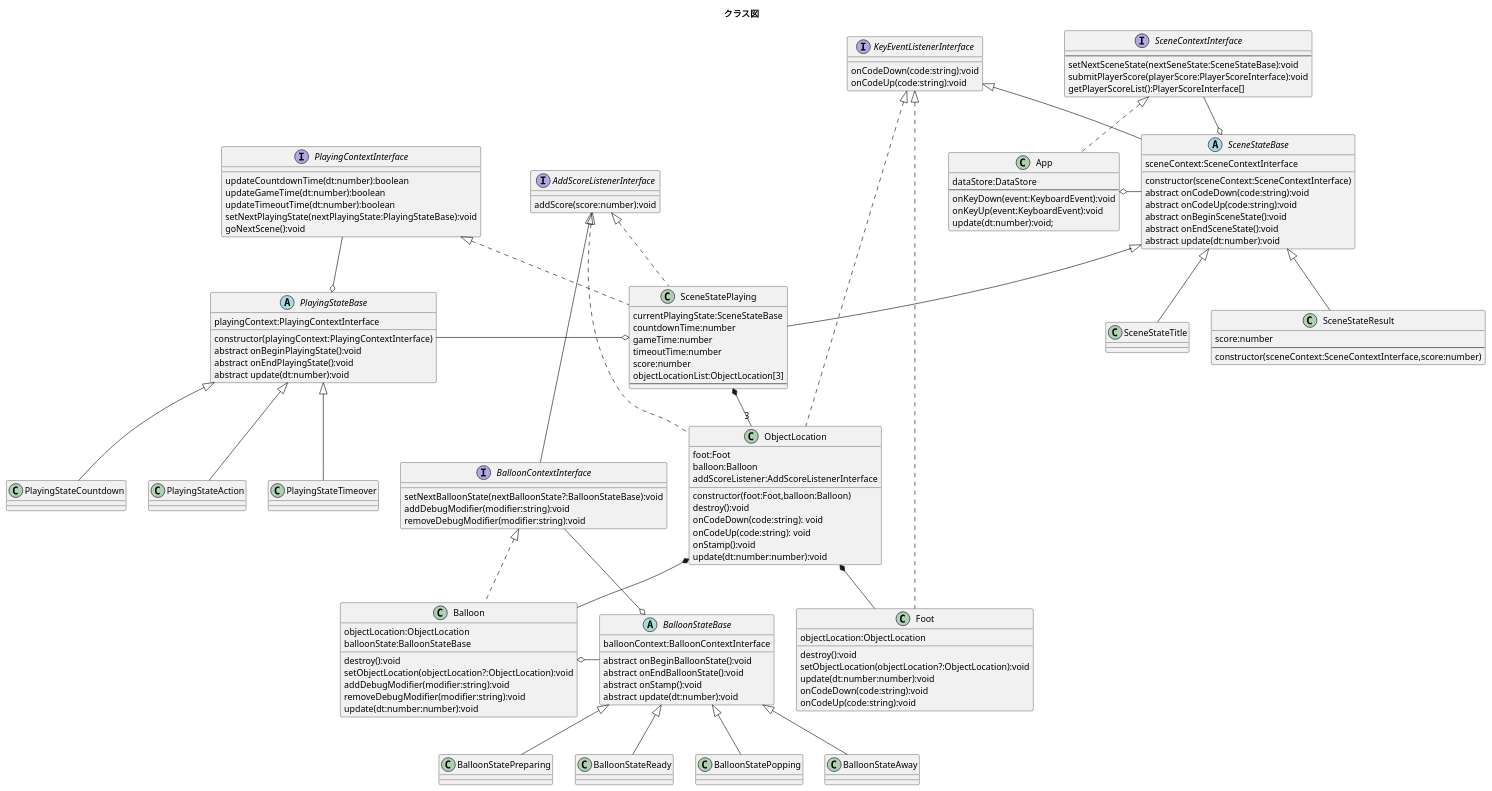
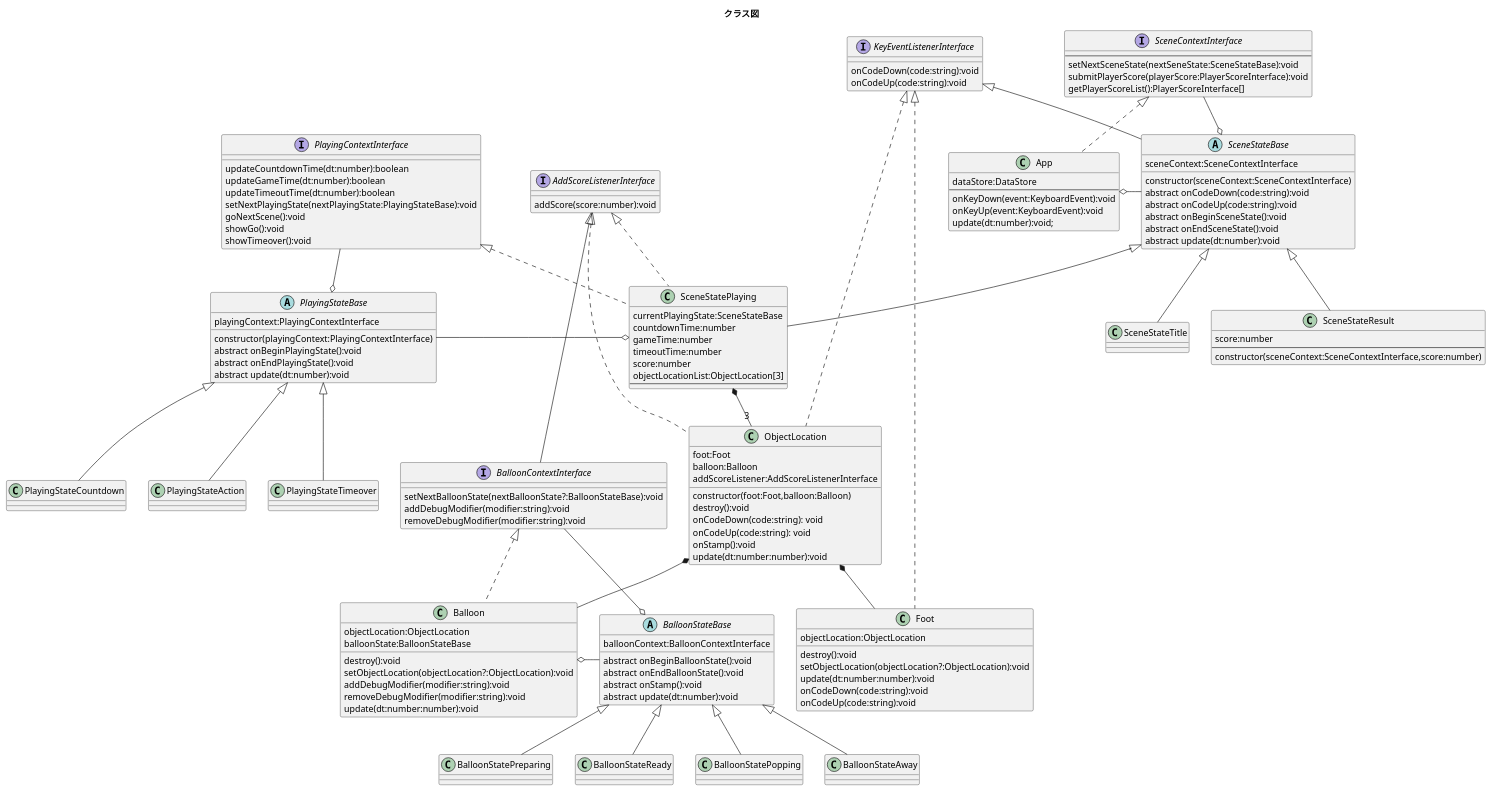
Before and after one commit to novogrammer/balloon-popping-game: the diagram in uml/class-diagram.puml, drawn with PlantUML. The commit also changed 12 other files, not shown here.

```diff
--- a/uml/class-diagram.puml
+++ b/uml/class-diagram.puml
@@ -1,162 +1,164 @@
 @startuml クラス図
 title クラス図
 
 interface AddScoreListenerInterface{
   addScore(score:number):void
 }
 interface KeyEventListenerInterface{
   onCodeDown(code:string):void
   onCodeUp(code:string):void
 }
 
 abstract class BalloonStateBase{
   balloonContext:BalloonContextInterface
   abstract onBeginBalloonState():void
   abstract onEndBalloonState():void
   abstract onStamp():void
   abstract update(dt:number):void
 }
 class BalloonStatePreparing extends BalloonStateBase{
 
 }
 class BalloonStateReady extends BalloonStateBase{
 
 }
 class BalloonStatePopping extends BalloonStateBase{
 
 }
 class BalloonStateAway extends BalloonStateBase{
 
 }
 
 
 interface BalloonContextInterface extends AddScoreListenerInterface{
   setNextBalloonState(nextBalloonState?:BalloonStateBase):void
   addDebugModifier(modifier:string):void
   removeDebugModifier(modifier:string):void
 }
 
 
 
 class ObjectLocation implements AddScoreListenerInterface,KeyEventListenerInterface{
   foot:Foot
   balloon:Balloon
   addScoreListener:AddScoreListenerInterface
   constructor(foot:Foot,balloon:Balloon)
   destroy():void
   onCodeDown(code:string): void
   onCodeUp(code:string): void
   onStamp():void
   update(dt:number:number):void
 }
 
 class Foot implements KeyEventListenerInterface{
   objectLocation:ObjectLocation
   destroy():void
   setObjectLocation(objectLocation?:ObjectLocation):void
   update(dt:number:number):void
   onCodeDown(code:string):void
   onCodeUp(code:string):void
 }
 
 
 class Balloon implements BalloonContextInterface{
   objectLocation:ObjectLocation
   balloonState:BalloonStateBase
 
   destroy():void
   setObjectLocation(objectLocation?:ObjectLocation):void
   addDebugModifier(modifier:string):void
   removeDebugModifier(modifier:string):void
   update(dt:number:number):void
 }
 
 abstract class PlayingStateBase{
   playingContext:PlayingContextInterface
 
   constructor(playingContext:PlayingContextInterface)
   abstract onBeginPlayingState():void
   abstract onEndPlayingState():void
   abstract update(dt:number):void
 }
 
 class PlayingStateCountdown extends PlayingStateBase{
 
 }
 class PlayingStateAction extends PlayingStateBase{
 
 }
 
 class PlayingStateTimeover extends PlayingStateBase{
 
 }
 
 interface PlayingContextInterface{
   updateCountdownTime(dt:number):boolean
   updateGameTime(dt:number):boolean
   updateTimeoutTime(dt:number):boolean
   setNextPlayingState(nextPlayingState:PlayingStateBase):void
   goNextScene():void
+  showGo():void
+  showTimeover():void
 }
 
 abstract class SceneStateBase extends KeyEventListenerInterface{
   sceneContext:SceneContextInterface
 
   constructor(sceneContext:SceneContextInterface)
   abstract onCodeDown(code:string):void
   abstract onCodeUp(code:string):void
   abstract onBeginSceneState():void
   abstract onEndSceneState():void
   abstract update(dt:number):void
 }
 
 class SceneStateTitle extends SceneStateBase{
 }
 class SceneStatePlaying extends SceneStateBase implements PlayingContextInterface,AddScoreListenerInterface{
   currentPlayingState:SceneStateBase
   countdownTime:number
   gameTime:number
   timeoutTime:number
   score:number
   objectLocationList:ObjectLocation[3]
   --
 }
 class SceneStateResult extends SceneStateBase{
   score:number
   --
   constructor(sceneContext:SceneContextInterface,score:number)
 }
 
 
 interface SceneContextInterface{
   --
   setNextSceneState(nextSeneState:SceneStateBase):void
   submitPlayerScore(playerScore:PlayerScoreInterface):void
   getPlayerScoreList():PlayerScoreInterface[]
 }
 
 class App implements SceneContextInterface{
   dataStore:DataStore
   --
   onKeyDown(event:KeyboardEvent):void
   onKeyUp(event:KeyboardEvent):void
   update(dt:number):void;
 }
 
 
 SceneStateBase o-up- SceneContextInterface
 App o-right- SceneStateBase
 
 SceneStatePlaying *-- "3" ObjectLocation
 ObjectLocation *-- Foot
 ObjectLocation *-- Balloon
 
 
 BalloonStateBase o-up- BalloonContextInterface
 Balloon o-right- BalloonStateBase
 
 
 PlayingStateBase o-up- PlayingContextInterface
 SceneStatePlaying o-left- PlayingStateBase
 
 @enduml
```
